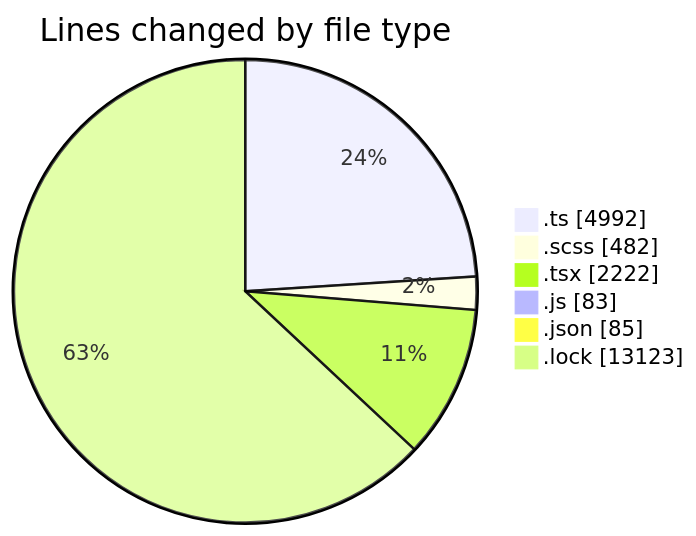
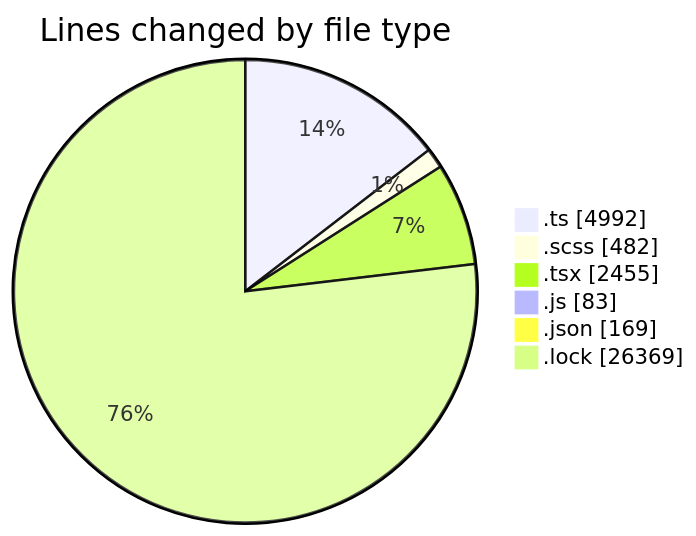
One commit to momahboobian/code-tracking changed the first of 2 diagrams in 2025-09-12/cda/README.md. Above: the diagram before and after it, drawn with Mermaid. The commit also changed other lines of this file and 1 other file, not shown here.

````diff
--- a/2025-09-12/cda/README.md
+++ b/2025-09-12/cda/README.md
@@ -34,10 +34,10 @@
 ```mermaid
 pie showData
 title Lines changed by file type
 ".ts" : 4992
 ".scss" : 482
-".tsx" : 2222
+".tsx" : 2455
 ".js" : 83
-".json" : 85
-".lock" : 13123
+".json" : 169
+".lock" : 26369
 ```
````
